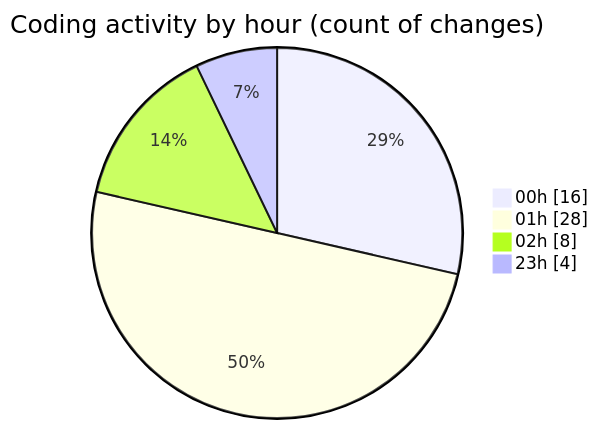
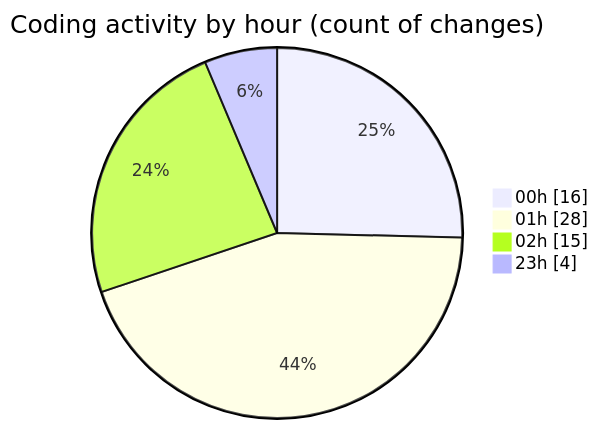
Before and after one commit to julien-gomy/code-tracking: the second of 2 diagrams in 2025-11-23/eventscop-frontend-guide__workspace_/README.md, drawn with Mermaid. The commit also changed other lines of this file and 1 other file, not shown here.

````diff
--- a/2025-11-23/eventscop-frontend-guide__workspace_/README.md
+++ b/2025-11-23/eventscop-frontend-guide__workspace_/README.md
@@ -52,8 +55,8 @@
 ```mermaid
 pie showData
 title Coding activity by hour (count of changes)
 "00h" : 16
 "01h" : 28
-"02h" : 8
+"02h" : 15
 "23h" : 4
 ```
````
